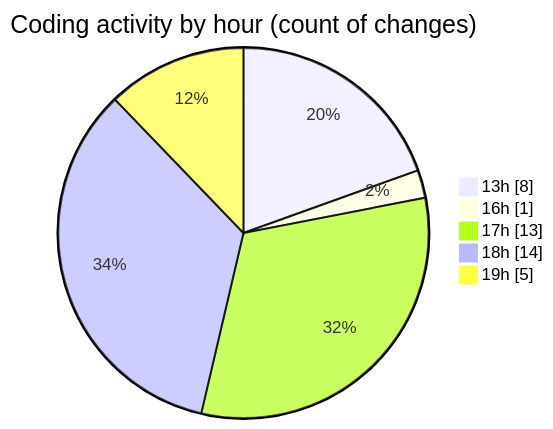
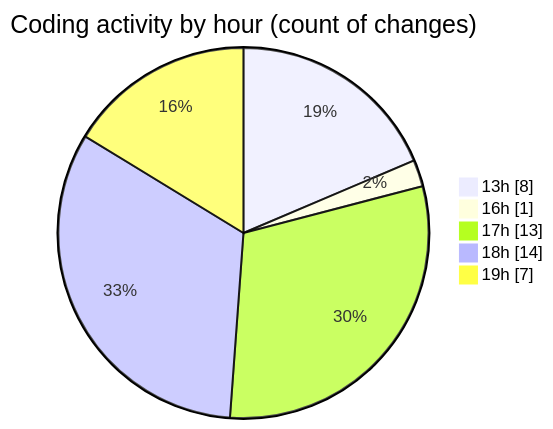
The second of 2 diagrams in 2025-08-24/chatgpt-extension/README.md (EIIisD/code-tracking), drawn with Mermaid before and after one commit. The commit also changed other lines of this file and 1 other file, not shown here.

````diff
--- a/2025-08-24/chatgpt-extension/README.md
+++ b/2025-08-24/chatgpt-extension/README.md
@@ -34,9 +34,9 @@
 ```mermaid
 pie showData
 title Coding activity by hour (count of changes)
 "13h" : 8
 "16h" : 1
 "17h" : 13
 "18h" : 14
-"19h" : 5
+"19h" : 7
 ```
````
